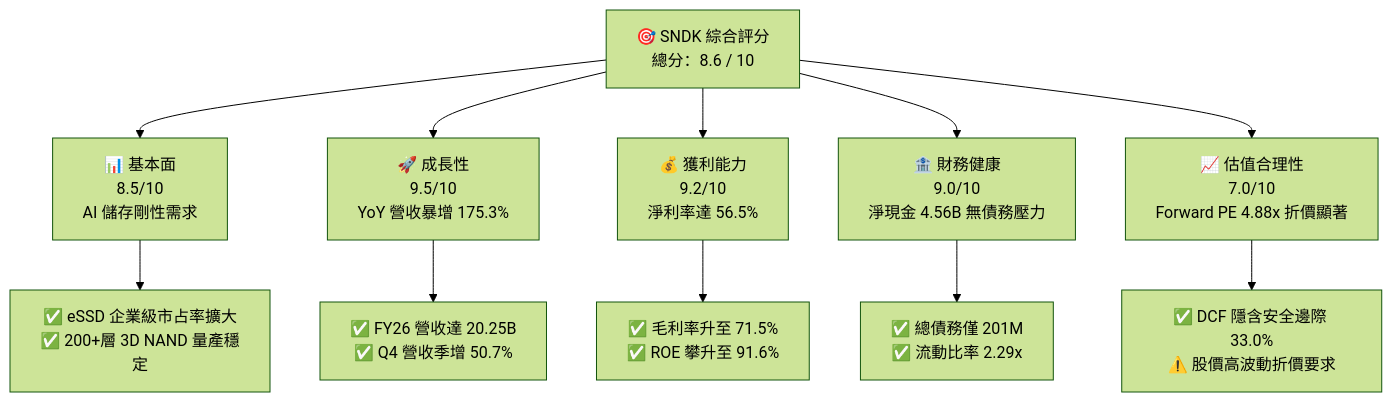
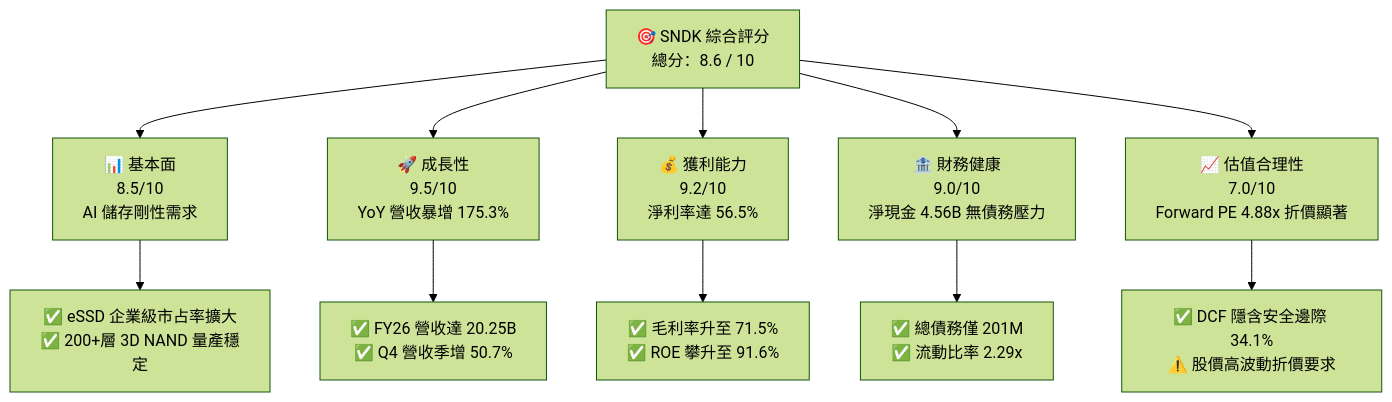
Before and after one commit to yennanliu/finance_data: the first of 15 diagrams in ai_gen_report/fundamental/sndk/fundamental_analysis_2026-10-18_gemini.md, drawn with Mermaid (forest theme). The commit also changed other lines of this file and 339 other files, not shown here.

````diff
--- a/ai_gen_report/fundamental/sndk/fundamental_analysis_2026-10-18_gemini.md
+++ b/ai_gen_report/fundamental/sndk/fundamental_analysis_2026-10-18_gemini.md
@@ -60,22 +67,22 @@
 ```mermaid
 graph TD
     TICKER["🎯 SNDK 綜合評分<br/>總分：8.6 / 10"]
 
     F["📊 基本面<br/>8.5/10<br/>AI 儲存剛性需求"]
     G["🚀 成長性<br/>9.5/10<br/>YoY 營收暴增 175.3%"]
     P["💰 獲利能力<br/>9.2/10<br/>淨利率達 56.5%"]
     B["🏦 財務健康<br/>9.0/10<br/>淨現金 4.56B 無債務壓力"]
     V["📈 估值合理性<br/>7.0/10<br/>Forward PE 4.88x 折價顯著"]
 
     TICKER --> F
     TICKER --> G
     TICKER --> P
     TICKER --> B
     TICKER --> V
 
     F --> F1["✅ eSSD 企業級市占率擴大<br/>✅ 200+層 3D NAND 量產穩定"]
     G --> G1["✅ FY26 營收達 20.25B<br/>✅ Q4 營收季增 50.7%"]
     P --> P1["✅ 毛利率升至 71.5%<br/>✅ ROE 攀升至 91.6%"]
     B --> B1["✅ 總債務僅 201M<br/>✅ 流動比率 2.29x"]
-    V --> V1["✅ DCF 隱含安全邊際 33.0%<br/>⚠️ 股價高波動折價要求"]
+    V --> V1["✅ DCF 隱含安全邊際 34.1%<br/>⚠️ 股價高波動折價要求"]
 ```
````
